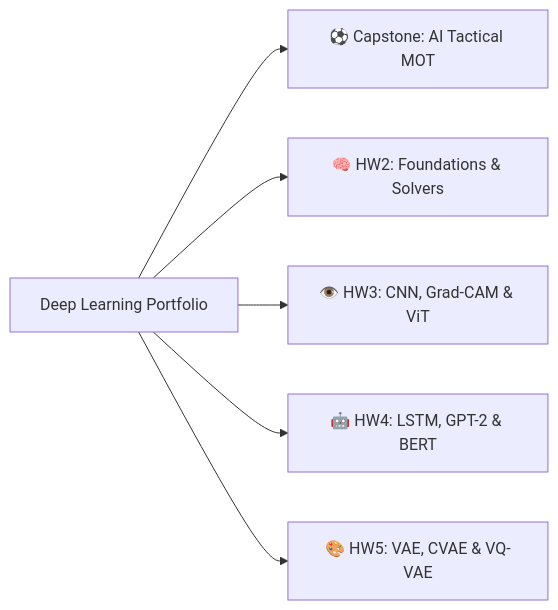
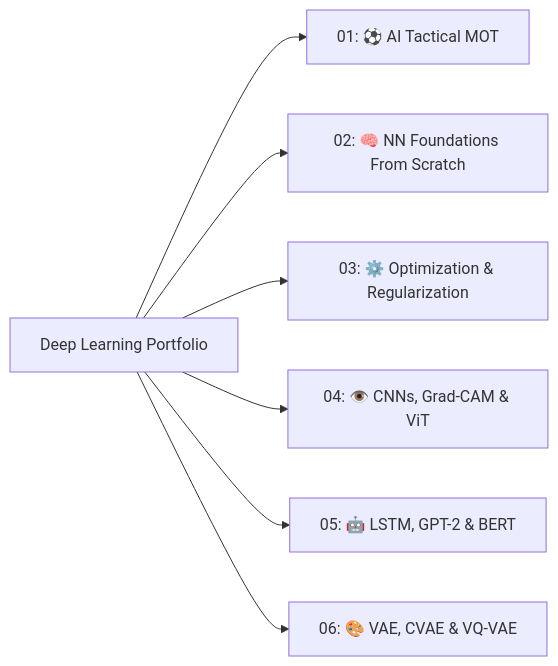
Before and after one commit to merfan-bagheri/deep-learning-and-computer-vision: the diagram in README.md, drawn with Mermaid. The commit also changed other lines of this file and 145 other files, not shown here.

````diff
--- a/README.md
+++ b/README.md
@@ -20,8 +20,9 @@
 ```mermaid
 graph LR
-    A[Deep Learning Portfolio] --> B[⚽ Capstone: AI Tactical MOT]
-    A --> C[🧠 HW2: Foundations & Solvers]
-    A --> D[👁️ HW3: CNN, Grad-CAM & ViT]
-    A --> E[🤖 HW4: LSTM, GPT-2 & BERT]
-    A --> F[🎨 HW5: VAE, CVAE & VQ-VAE]
+    A[Deep Learning Portfolio] --> B[01: ⚽ AI Tactical MOT]
+    A --> C[02: 🧠 NN Foundations From Scratch]
+    A --> D[03: ⚙️ Optimization & Regularization]
+    A --> E[04: 👁️ CNNs, Grad-CAM & ViT]
+    A --> F[05: 🤖 LSTM, GPT-2 & BERT]
+    A --> G[06: 🎨 VAE, CVAE & VQ-VAE]
 ```
````
